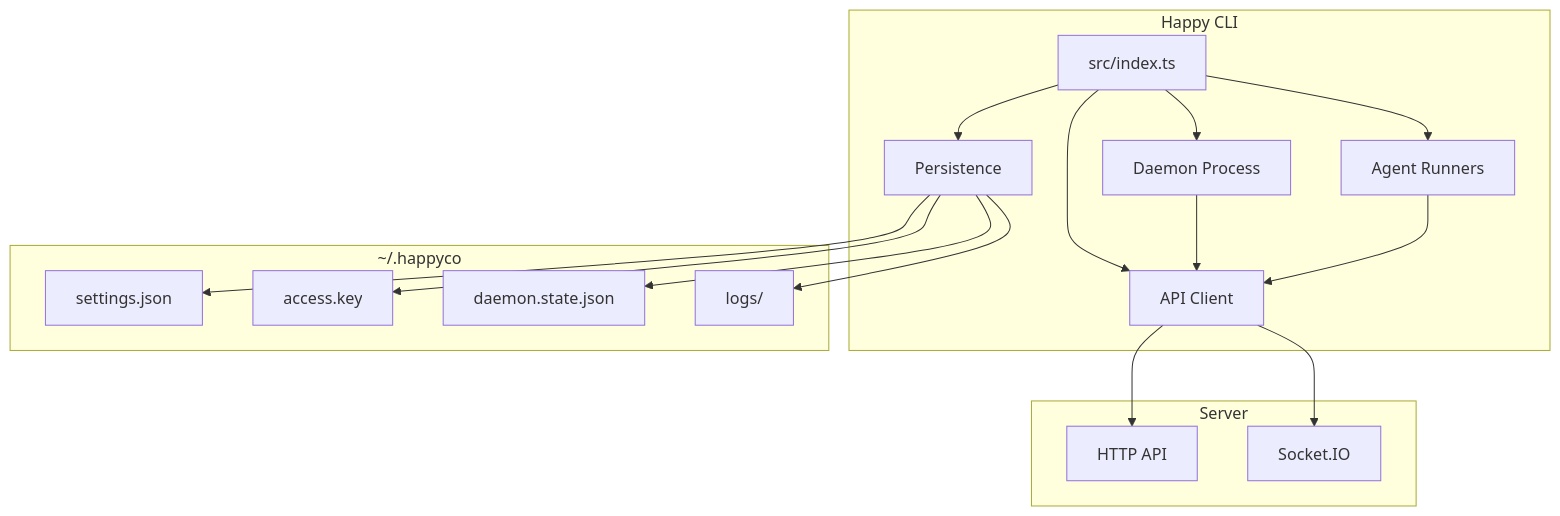
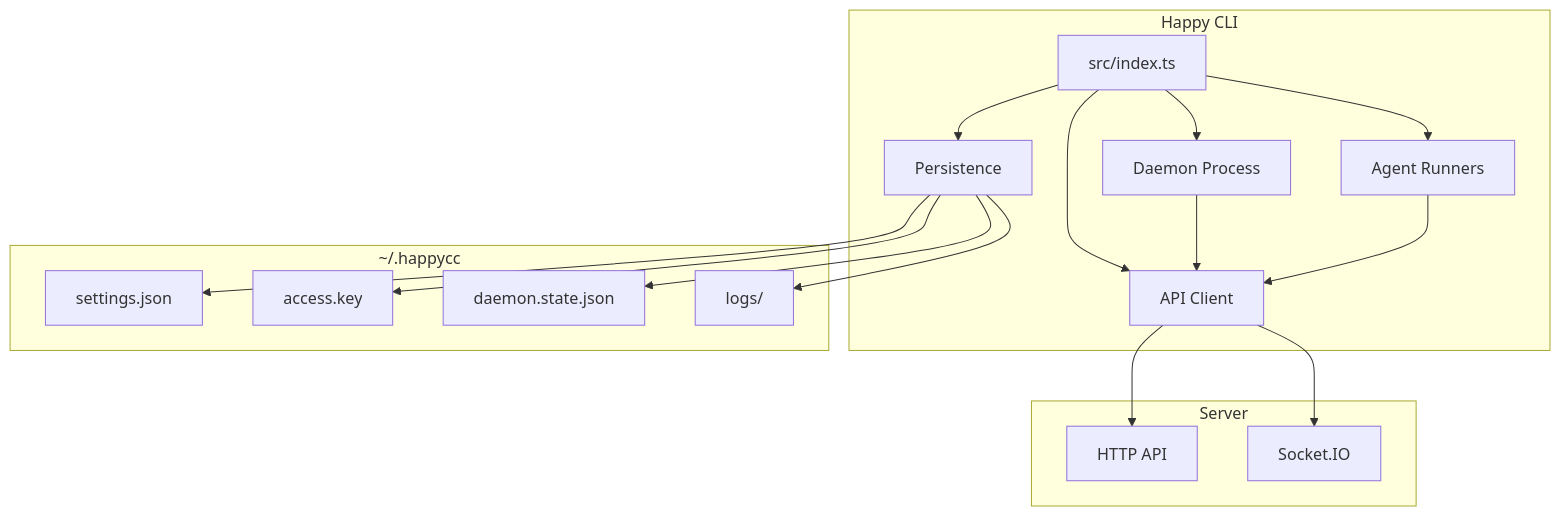
Before and after one commit to rophy/happycc: the first of 12 diagrams in docs/cli-architecture.md, drawn with Mermaid. The commit also changed other lines of this file and 96 other files, not shown here.

````diff
--- a/docs/cli-architecture.md
+++ b/docs/cli-architecture.md
@@ -7,33 +7,33 @@
 ```mermaid
 graph TB
     subgraph "Happy CLI"
         Entry[src/index.ts]
         API[API Client]
         Daemon[Daemon Process]
         Agents[Agent Runners]
         Persist[Persistence]
     end
 
-    subgraph "~/.happyco"
+    subgraph "~/.happycc"
         Settings[settings.json]
         AccessKey[access.key]
         DaemonState[daemon.state.json]
         Logs[logs/]
     end
 
     subgraph Server
         HTTP[HTTP API]
         Socket[Socket.IO]
     end
 
     Entry --> API
     Entry --> Daemon
     Entry --> Agents
     Entry --> Persist
 
     Persist --> Settings & AccessKey & DaemonState & Logs
 
     API --> HTTP & Socket
     Daemon --> API
     Agents --> API
 ```
````
